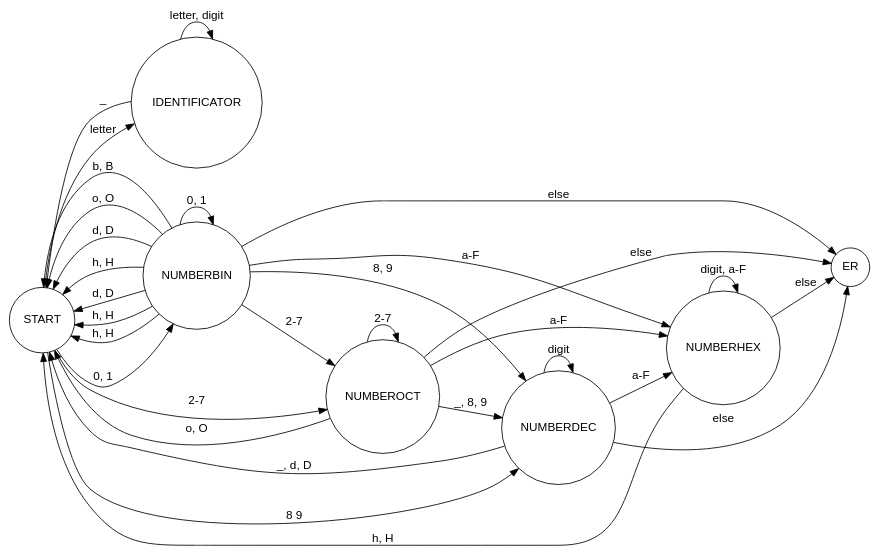
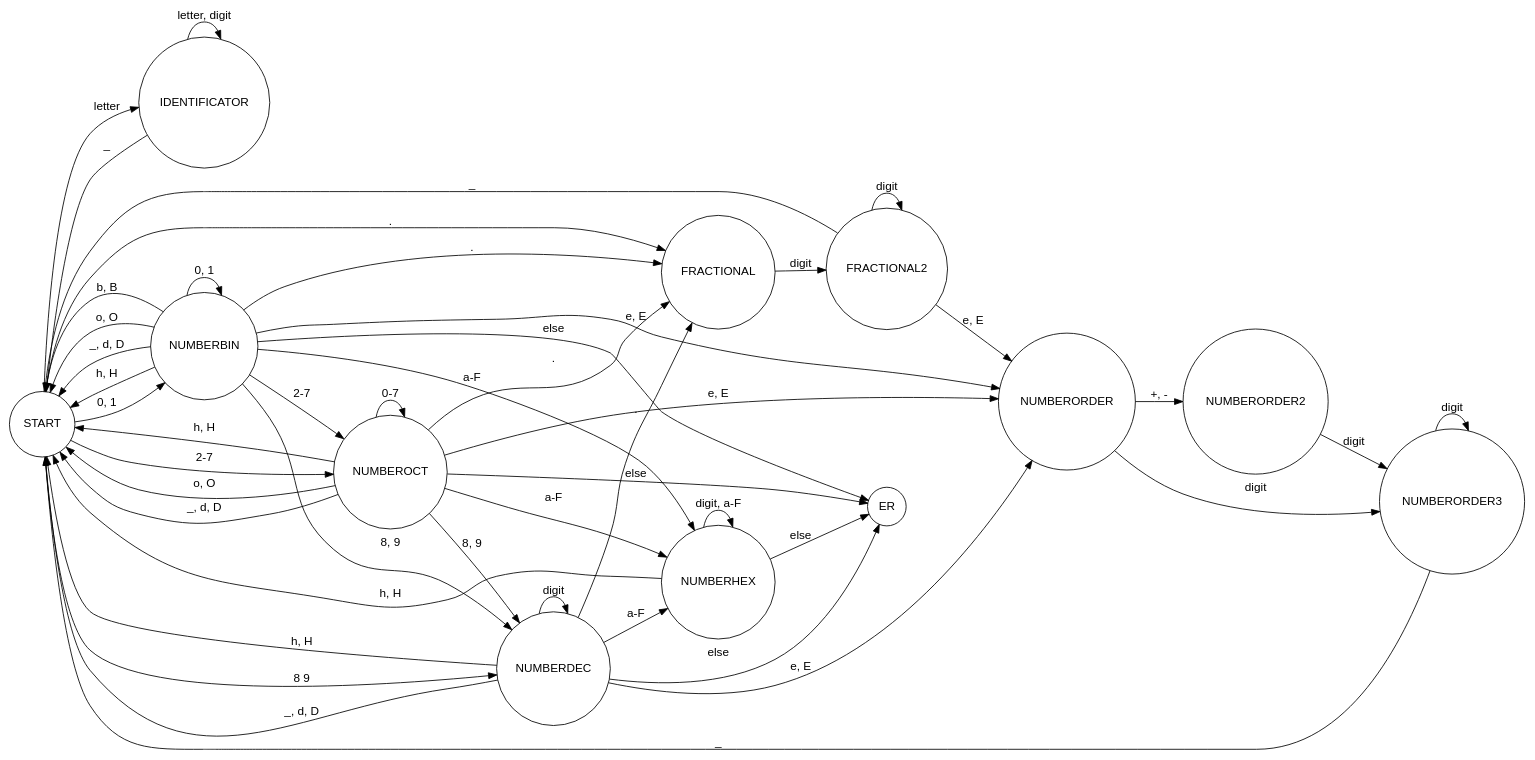
One commit to Papr1ka/Leo changed the diagram in course/test.gv. Above: the diagram before and after it, drawn with Graphviz. The commit also changed 15 other files, not shown here.

```diff
--- a/course/test.gv
+++ b/course/test.gv
@@ -1,48 +1,67 @@
 digraph finite_state_machine {
     fontname="Helvetica,Arial,sans-serif"
     node [fontname="Helvetica,Arial,sans-serif"]
     edge [fontname="Helvetica,Arial,sans-serif"]
     rankdir=LR;
     node [shape = doublecircle];
     node [shape = circle];
     START -> IDENTIFICATOR [label = "letter"]
 
     IDENTIFICATOR -> IDENTIFICATOR [label = "letter, digit"]
 
     IDENTIFICATOR -> START [label = "_"]
 
     START -> NUMBERBIN [label = "0, 1"]
 
     NUMBERBIN -> NUMBERBIN [label = "0, 1"]
     NUMBERBIN -> NUMBEROCT [label = "2-7"]
     NUMBERBIN -> NUMBERDEC [label = "8, 9"]
     NUMBERBIN -> NUMBERHEX [label = "a-F"]
+    NUMBERBIN -> NUMBERORDER [label = "e, E"]
+    NUMBERBIN -> FRACTIONAL [label = "."]
     NUMBERBIN -> START [label = "b, B"]
     NUMBERBIN -> START [label = "o, O"]
-    NUMBERBIN -> START [label = "d, D"]
+    NUMBERBIN -> START [label = "_, d, D"]
     NUMBERBIN -> START [label = "h, H"]
     NUMBERBIN -> ER [label = "else"]
 
     START -> NUMBEROCT [label = "2-7"]
 
-    NUMBEROCT -> NUMBEROCT [label = "2-7"]
-    NUMBEROCT -> NUMBERDEC [label = "_, 8, 9"]
+    NUMBEROCT -> NUMBEROCT [label = "0-7"]
+    NUMBEROCT -> NUMBERDEC [label = "8, 9"]
     NUMBEROCT -> NUMBERHEX [label = "a-F"]
+    NUMBEROCT -> NUMBERORDER [label = "e, E"]
+    NUMBEROCT -> FRACTIONAL [label = "."]
     NUMBEROCT -> START [label = "o, O"]
-    NUMBERBIN -> START [label = "d, D"]
-    NUMBERBIN -> START [label = "h, H"]
-
+    NUMBEROCT -> START [label = "_, d, D"]
+    NUMBEROCT -> START [label = "h, H"]
     NUMBEROCT -> ER [label = "else"]
 
     START -> NUMBERDEC [label = "8 9"]
 
     NUMBERDEC -> NUMBERDEC [label = "digit"]
+    NUMBERDEC -> NUMBERHEX [label = "a-F"]
+    NUMBERDEC -> NUMBERORDER [label = "e, E"]
+    NUMBERDEC -> FRACTIONAL [label = "."]
     NUMBERDEC -> START [label = "_, d, D"]
-    NUMBERBIN -> START [label = "h, H"]
-    NUMBERDEC -> NUMBERHEX [label = "a-F"]
+    NUMBERDEC -> START [label = "h, H"]
     NUMBERDEC -> ER [label = "else"]
 
     NUMBERHEX -> NUMBERHEX [label = "digit, a-F"]
     NUMBERHEX -> START [label = "h, H"]
     NUMBERHEX -> ER [label = "else"]
+
+    START -> FRACTIONAL [label = "."]
+
+    FRACTIONAL -> FRACTIONAL2 [label = "digit"]
+    FRACTIONAL2 -> FRACTIONAL2 [label = "digit"]
+    FRACTIONAL2 -> NUMBERORDER [label = "e, E"]
+    FRACTIONAL2 -> START [label = "_"]
+
+
+    NUMBERORDER -> NUMBERORDER2 [label = "+, -"]
+    NUMBERORDER -> NUMBERORDER3 [label = "digit"]
+    NUMBERORDER2 -> NUMBERORDER3 [label = "digit"]
+    NUMBERORDER3 -> NUMBERORDER3 [label = "digit"]
+    NUMBERORDER3 -> START [label = "_"]
 }
```
